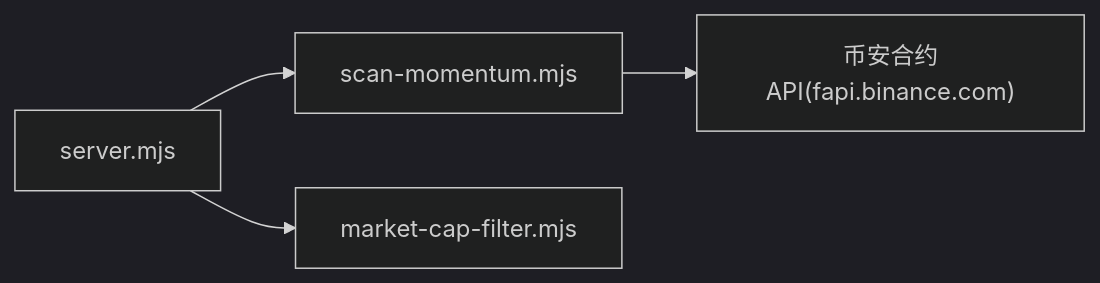
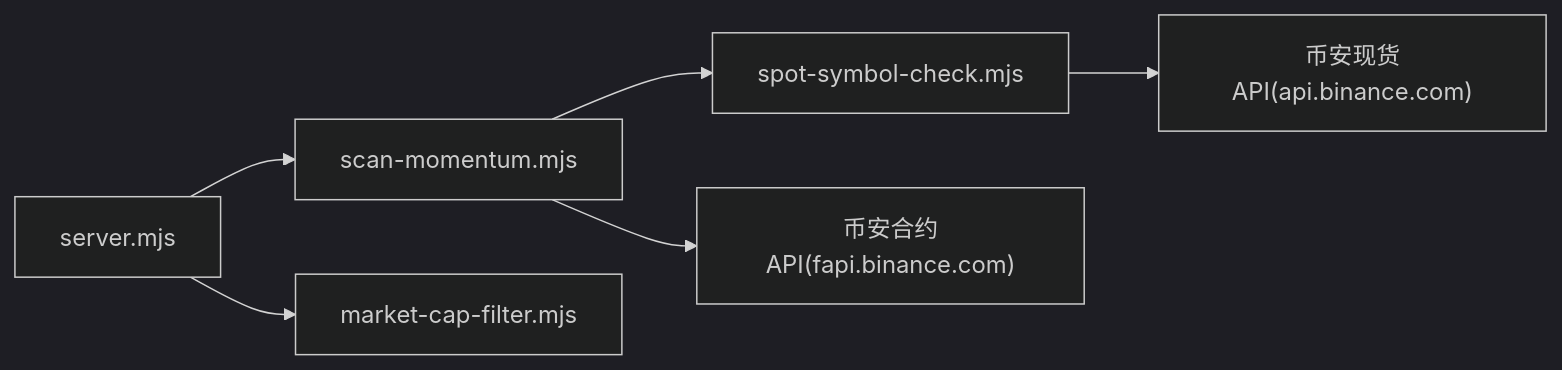
The eighth of 8 diagrams in .qoder/repowiki/zh/content/核心功能模块/动量做多扫描.md (kekexilinan/BinaceSmart), drawn with Mermaid (dark theme) before and after one commit. The commit also changed other lines of this file and 63 other files, not shown here.

````diff
--- a/.qoder/repowiki/zh/content/核心功能模块/动量做多扫描.md
+++ b/.qoder/repowiki/zh/content/核心功能模块/动量做多扫描.md
@@ -197,6 +305,8 @@
 ```mermaid
 graph LR
 S["server.mjs"] --> M["scan-momentum.mjs"]
 S --> F["market-cap-filter.mjs"]
+M --> V["spot-symbol-check.mjs"]
 M --> API["币安合约API(fapi.binance.com)"]
+V --> SPOT["币安现货API(api.binance.com)"]
 ```
````
